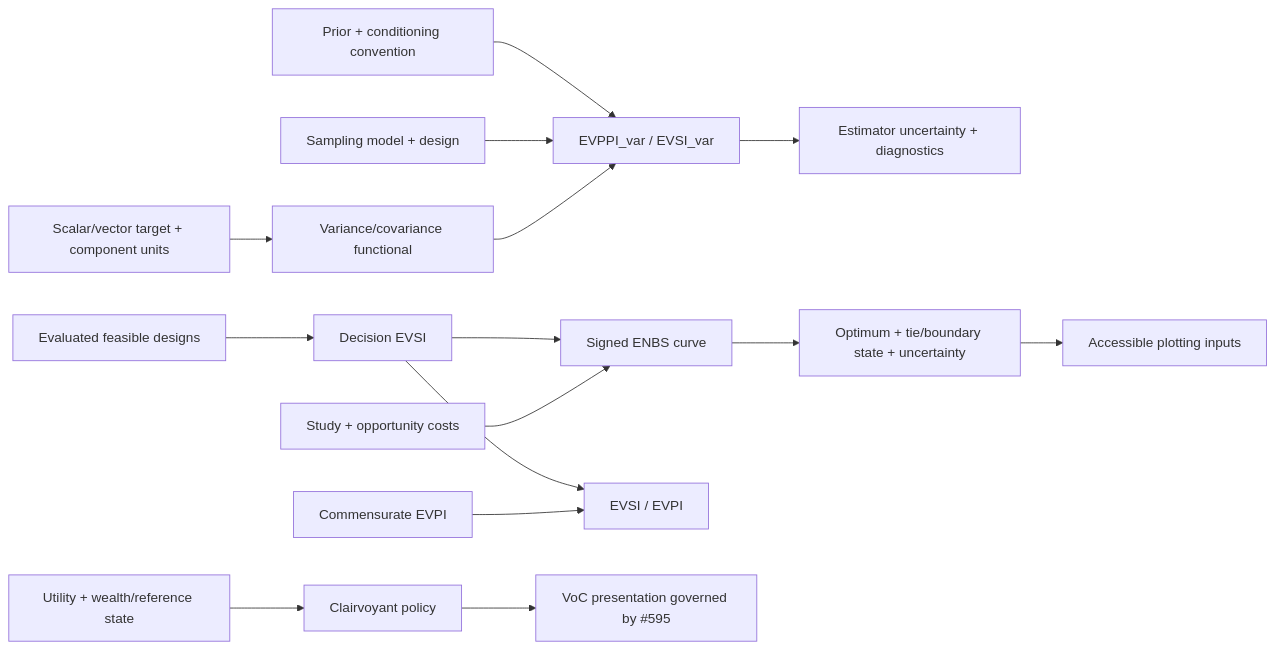
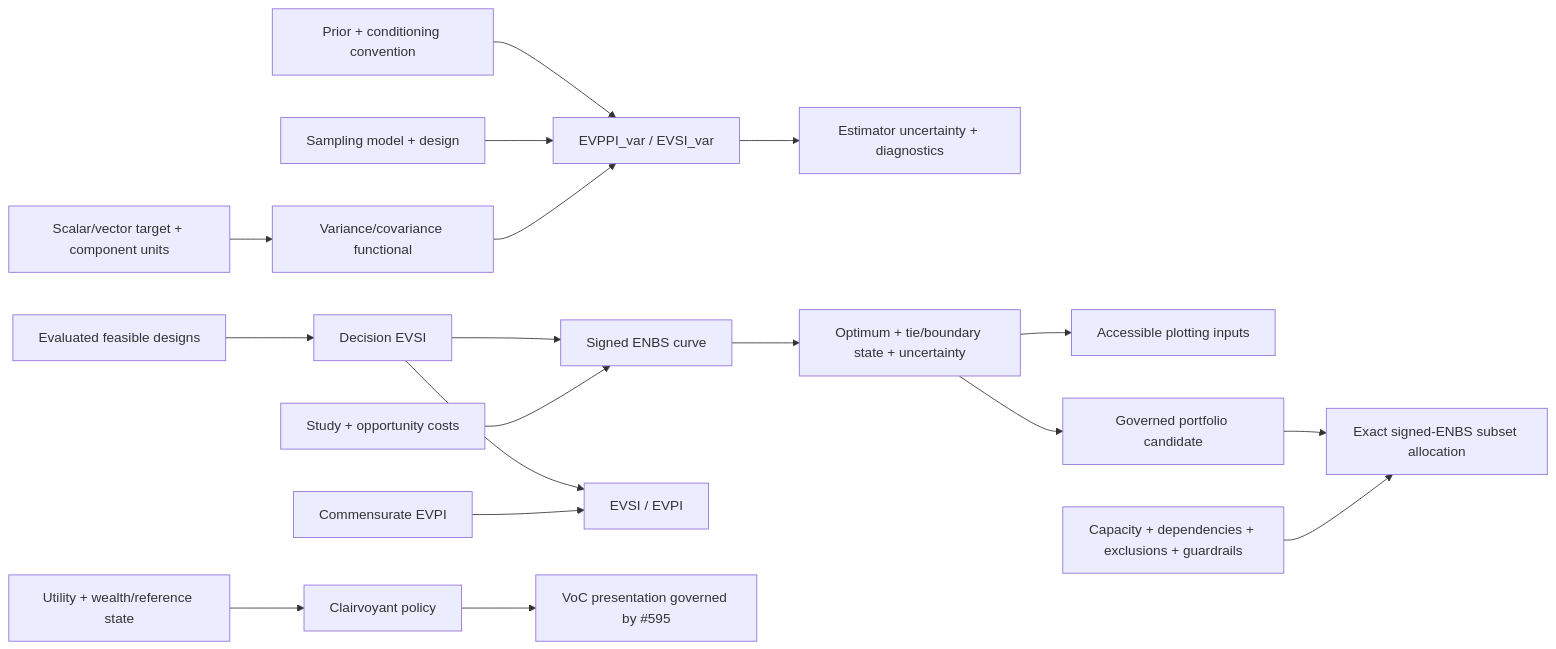
One commit to edithatogo/voiage changed the third of 7 diagrams in conductor/design.md. Above: the diagram before and after it, drawn with Mermaid. The commit also changed 13 other files, not shown here.

````diff
--- a/conductor/design.md
+++ b/conductor/design.md
@@ -44,19 +44,22 @@
 ```mermaid
 flowchart LR
     Target["Scalar/vector target + component units"] --> Functional["Variance/covariance functional"]
     Conditioning["Prior + conditioning convention"] --> Estimation["EVPPI_var / EVSI_var"]
     Sampling["Sampling model + design"] --> Estimation
     Functional --> Estimation
     Estimation --> Assurance["Estimator uncertainty + diagnostics"]
 
     Designs["Evaluated feasible designs"] --> EVSI["Decision EVSI"]
     EVSI --> ENBS["Signed ENBS curve"]
     Costs["Study + opportunity costs"] --> ENBS
     ENBS --> COSS["Optimum + tie/boundary state + uncertainty"]
     COSS --> Plot["Accessible plotting inputs"]
     EVSI --> Ratio["EVSI / EVPI"]
     EVPI["Commensurate EVPI"] --> Ratio
+    COSS --> Candidate["Governed portfolio candidate"]
+    Candidate --> Portfolio["Exact signed-ENBS subset allocation"]
+    PortfolioConstraints["Capacity + dependencies + exclusions + guardrails"] --> Portfolio
 
     Utility["Utility + wealth/reference state"] --> Clairvoyant["Clairvoyant policy"]
     Clairvoyant --> VoC["VoC presentation governed by #595"]
 ```
````
